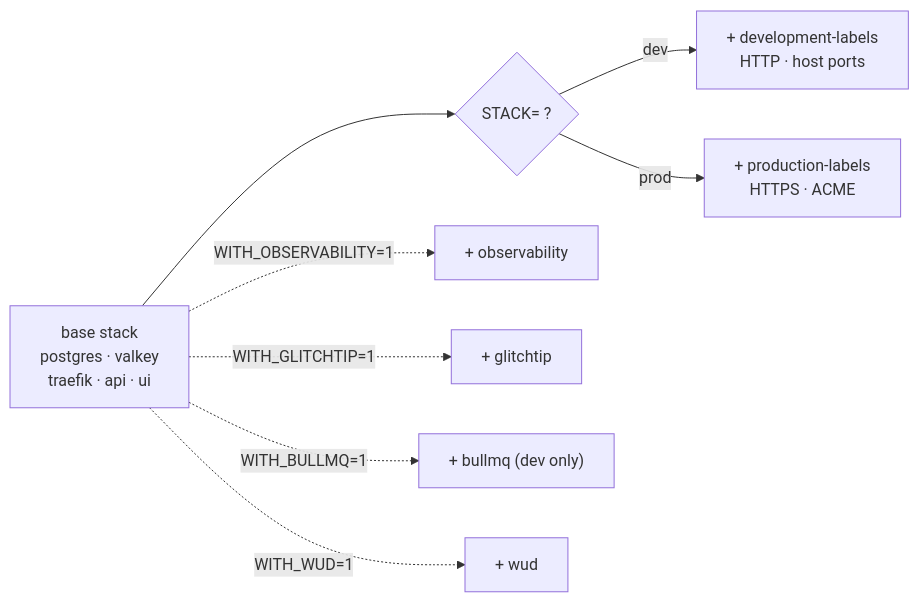
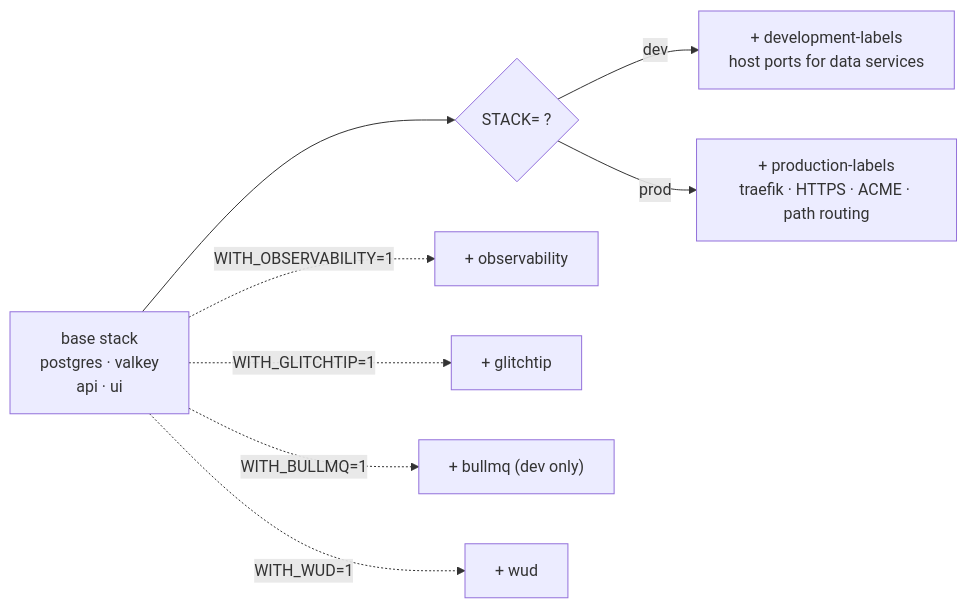
The diagram in src/content/docs/infra/profiles-and-overlays.mdx (AI-Starter-Templates/.github), drawn with Mermaid before and after one commit. The commit also changed other lines of this file and 6 other files, not shown here.

````diff
--- a/src/content/docs/infra/profiles-and-overlays.mdx
+++ b/src/content/docs/infra/profiles-and-overlays.mdx
@@ -12,18 +12,18 @@
 ```mermaid
 flowchart LR
-  base["base stack<br/>postgres · valkey<br/>traefik · api · ui"]
+  base["base stack<br/>postgres · valkey<br/>api · ui"]
   stack{"STACK= ?"}
-  dev["+ development-labels<br/>HTTP · host ports"]
-  prod["+ production-labels<br/>HTTPS · ACME"]
+  dev["+ development-labels<br/>host ports for data services"]
+  prod["+ production-labels<br/>traefik · HTTPS · ACME · path routing"]
   obs["+ observability"]
   glitch["+ glitchtip"]
   bullmq["+ bullmq (dev only)"]
   wud["+ wud"]
   base --> stack
   stack -->|dev| dev
   stack -->|prod| prod
   base -.->|WITH_OBSERVABILITY=1| obs
   base -.->|WITH_GLITCHTIP=1| glitch
   base -.->|WITH_BULLMQ=1| bullmq
   base -.->|WITH_WUD=1| wud
 ```
````
